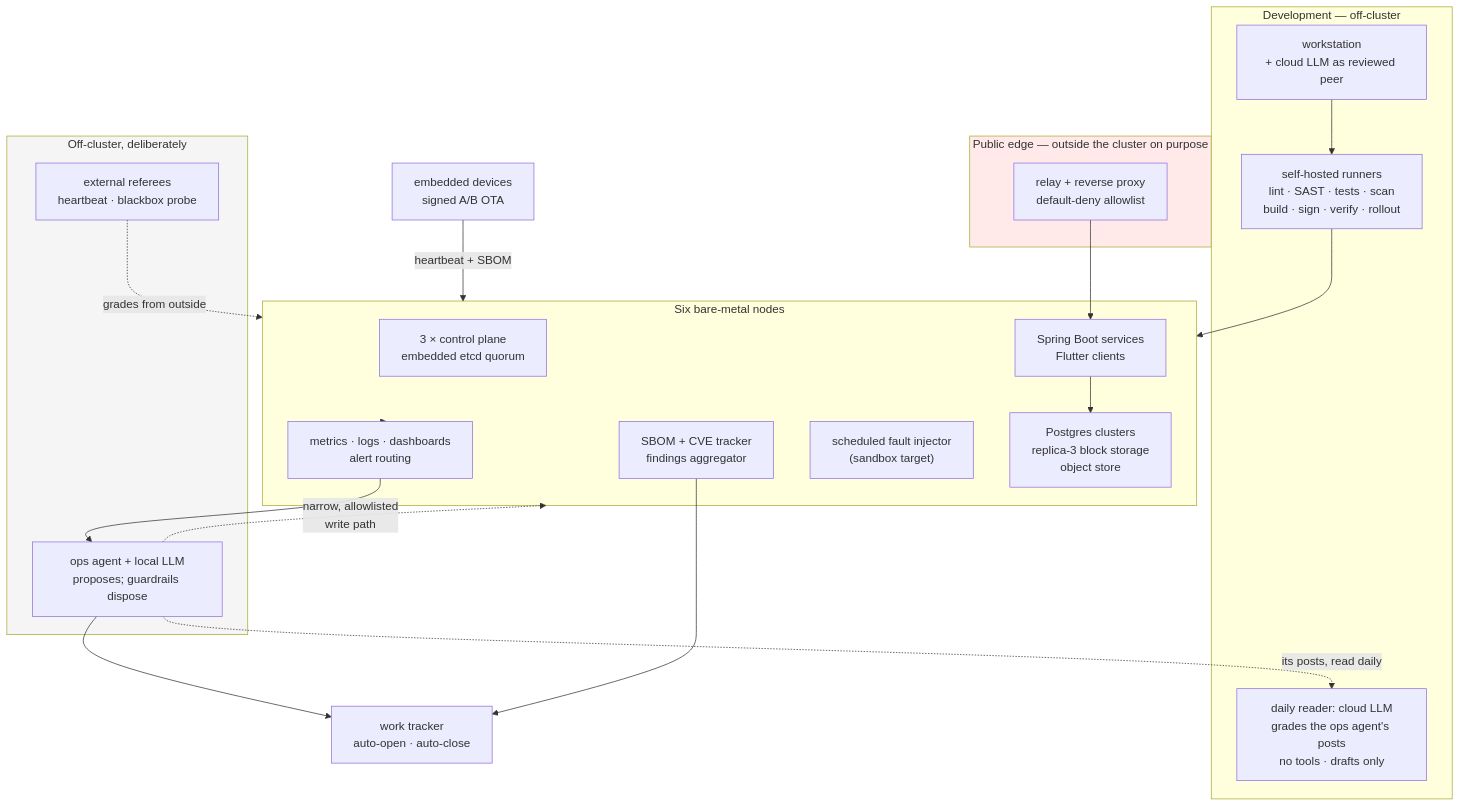
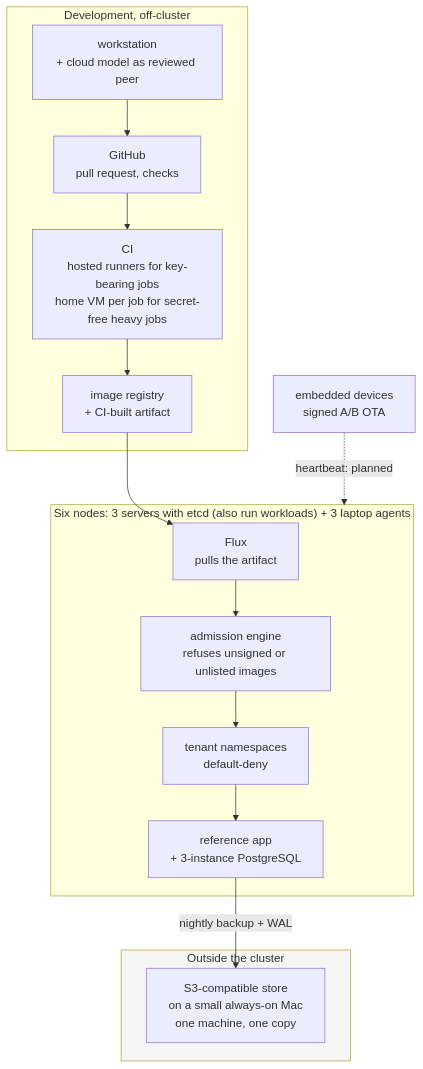
Before and after one commit to schultzzznet/schultzzznet: the diagram in docs/index.md, drawn with Mermaid. The commit also changed other lines of this file and 30 other files, not shown here.

````diff
--- a/docs/index.md
+++ b/docs/index.md
@@ -245,43 +156,31 @@
 ```mermaid
 flowchart TB
-  subgraph DEV["Development — off-cluster"]
-    WS["workstation<br/>+ cloud LLM as reviewed peer"]
-    CI["self-hosted runners<br/>lint · SAST · tests · scan<br/>build · sign · verify · rollout"]
-    RV["daily reader: cloud LLM<br/>grades the ops agent's posts<br/>no tools · drafts only"]
+  subgraph DEV["Development, off-cluster"]
+    WS["workstation<br/>+ cloud model as reviewed peer"]
+    GH["GitHub<br/>pull request, checks"]
+    CI["CI<br/>hosted runners for key-bearing jobs<br/>home VM per job for secret-free heavy jobs"]
+    REG["image registry<br/>+ CI-built artifact"]
   end
 
-  subgraph EDGE["Public edge — outside the cluster on purpose"]
-    FUN["relay + reverse proxy<br/>default-deny allowlist"]
+  subgraph K3S["Six nodes: 3 servers with etcd (also run workloads) + 3 laptop agents"]
+    FLUX["Flux<br/>pulls the artifact"]
+    ADM["admission engine<br/>refuses unsigned or unlisted images"]
+    TEN["tenant namespaces<br/>default-deny"]
+    APP["reference app<br/>+ 3-instance PostgreSQL"]
   end
 
-  subgraph K3S["Six bare-metal nodes"]
-    CP["3 × control plane<br/>embedded etcd quorum"]
-    APPS["Spring Boot services<br/>Flutter clients"]
-    DATA["Postgres clusters<br/>replica-3 block storage<br/>object store"]
-    OBS["metrics · logs · dashboards<br/>alert routing"]
-    SEC["SBOM + CVE tracker<br/>findings aggregator"]
-    CHAOS["scheduled fault injector<br/>(sandbox target)"]
+  subgraph OFF["Outside the cluster"]
+    S3["S3-compatible store<br/>on a small always-on Mac<br/>one machine, one copy"]
   end
 
-  subgraph OFF["Off-cluster, deliberately"]
-    AGENT["ops agent + local LLM<br/>proposes; guardrails dispose"]
-    REF["external referees<br/>heartbeat · blackbox probe"]
-  end
+  DEVICES["embedded devices<br/>signed A/B OTA"]
 
-  DEV_DEVICES["embedded devices<br/>signed A/B OTA"]
-
-  WS --> CI --> K3S
-  FUN --> APPS
-  DEV_DEVICES -->|"heartbeat + SBOM"| K3S
-  APPS --> DATA
-  K3S --> OBS
-  OBS --> AGENT
-  SEC --> TRACK["work tracker<br/>auto-open · auto-close"]
-  AGENT --> TRACK
-  AGENT -.->|"narrow, allowlisted<br/>write path"| K3S
-  AGENT -.->|"its posts, read daily"| RV
-  REF -.->|"grades from outside"| K3S
+  WS --> GH --> CI --> REG
+  REG --> FLUX
+  FLUX --> ADM --> TEN
+  TEN --> APP
+  APP -->|"nightly backup + WAL"| S3
+  DEVICES -.->|"heartbeat: planned"| K3S
 
   style OFF fill:#f5f5f5
-  style EDGE fill:#ffe9e9
 ```
````
